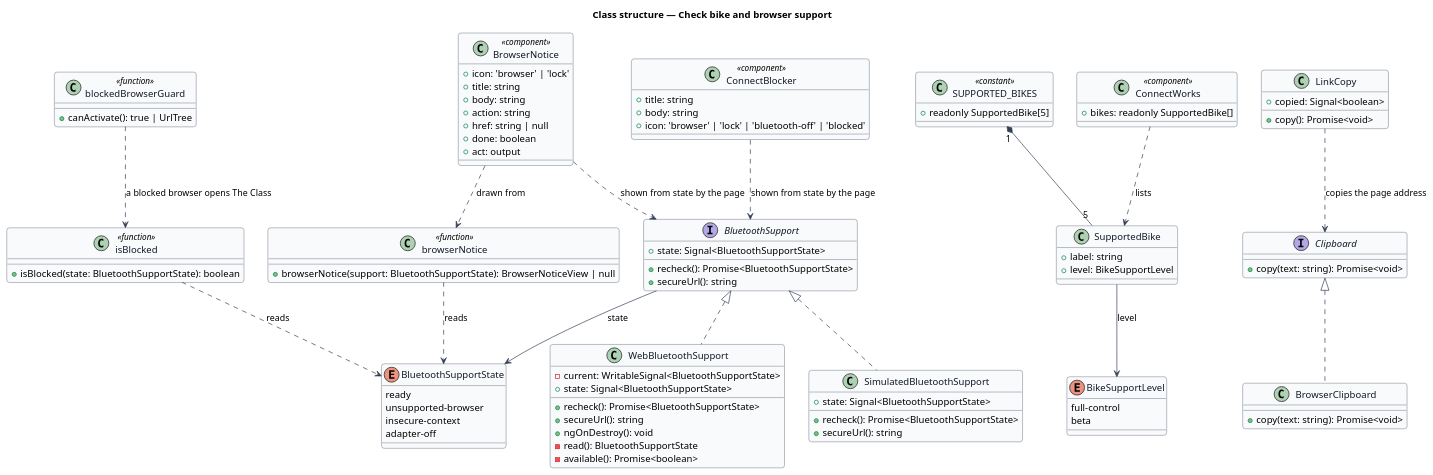
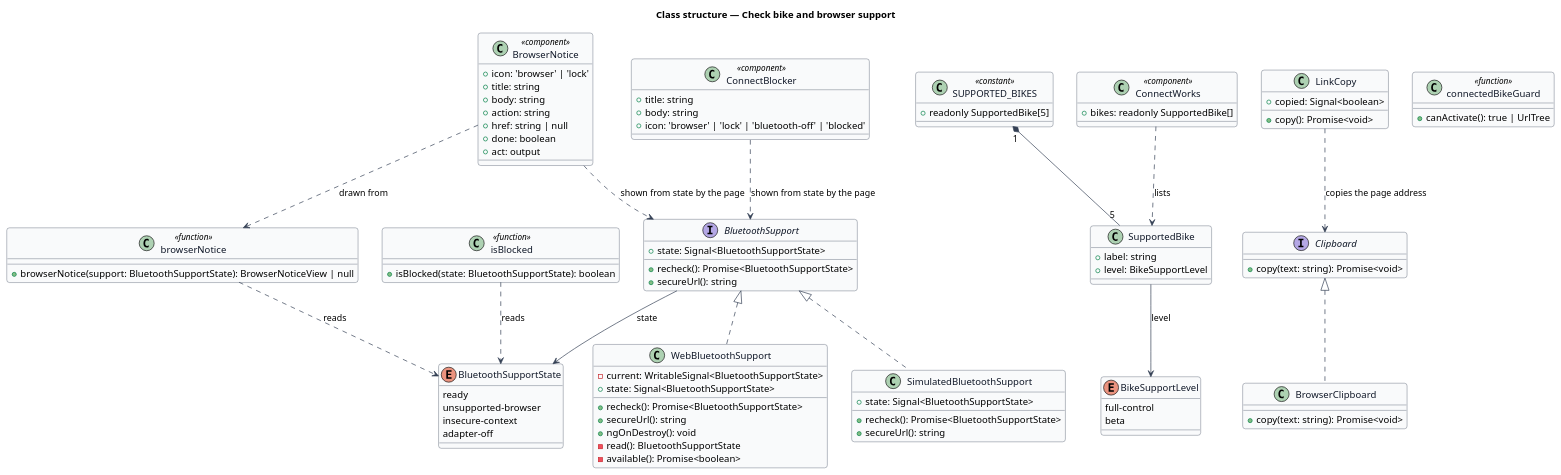
One commit to QuinntyneBrown/ride-one changed the diagram in docs/detailed-designs/bike/check-bike-and-browser-support/diagrams/class-structure.puml. Above: the diagram before and after it, drawn with PlantUML. The commit also changed 91 other files, not shown here.

```diff
--- a/docs/detailed-designs/bike/check-bike-and-browser-support/diagrams/class-structure.puml
+++ b/docs/detailed-designs/bike/check-bike-and-browser-support/diagrams/class-structure.puml
@@ -1,118 +1,117 @@
 @startuml
 ' --- shared skin header ---
 skinparam backgroundColor #FFFFFF
 skinparam shadowing false
 skinparam roundcorner 8
 skinparam defaultFontName Arial
 skinparam ArrowColor #344054
 skinparam class {
   BorderColor #344054
   FontColor #101828
   BackgroundColor #F9FAFB
 }
 ' --------------------------
 title Class structure — Check bike and browser support
 
 enum BluetoothSupportState {
   ready
   unsupported-browser
   insecure-context
   adapter-off
 }
 
 interface BluetoothSupport {
   +state: Signal<BluetoothSupportState>
   +recheck(): Promise<BluetoothSupportState>
   +secureUrl(): string
 }
 
 class WebBluetoothSupport {
   -current: WritableSignal<BluetoothSupportState>
   +state: Signal<BluetoothSupportState>
   +recheck(): Promise<BluetoothSupportState>
   +secureUrl(): string
   +ngOnDestroy(): void
   -read(): BluetoothSupportState
   -available(): Promise<boolean>
 }
 
 class SimulatedBluetoothSupport {
   +state: Signal<BluetoothSupportState>
   +recheck(): Promise<BluetoothSupportState>
   +secureUrl(): string
 }
 
 class "isBlocked" as isBlocked <<function>> {
   +isBlocked(state: BluetoothSupportState): boolean
 }
 
 enum BikeSupportLevel {
   full-control
   beta
 }
 
 class SupportedBike {
   +label: string
   +level: BikeSupportLevel
 }
 
 class "SUPPORTED_BIKES" as bikes <<constant>> {
   +readonly SupportedBike[5]
 }
 
 interface Clipboard {
   +copy(text: string): Promise<void>
 }
 
 class BrowserClipboard {
   +copy(text: string): Promise<void>
 }
 
 class BrowserNotice <<component>> {
   +icon: 'browser' | 'lock'
   +title: string
   +body: string
   +action: string
   +href: string | null
   +done: boolean
   +act: output
 }
 
 class "browserNotice" as noticeHelper <<function>> {
   +browserNotice(support: BluetoothSupportState): BrowserNoticeView | null
 }
 
 class LinkCopy {
   +copied: Signal<boolean>
   +copy(): Promise<void>
 }
 
 class ConnectBlocker <<component>> {
   +title: string
   +body: string
   +icon: 'browser' | 'lock' | 'bluetooth-off' | 'blocked'
 }
 
 class ConnectWorks <<component>> {
   +bikes: readonly SupportedBike[]
 }
 
-class "blockedBrowserGuard" as guard <<function>> {
+class "connectedBikeGuard" as guard <<function>> {
   +canActivate(): true | UrlTree
 }
 
 BluetoothSupport <|.. WebBluetoothSupport
 BluetoothSupport <|.. SimulatedBluetoothSupport
 BluetoothSupport --> BluetoothSupportState : state
 isBlocked ..> BluetoothSupportState : reads
 Clipboard <|.. BrowserClipboard
 SupportedBike --> BikeSupportLevel : level
 bikes "1" *-- "5" SupportedBike
 ConnectWorks ..> SupportedBike : lists
 BrowserNotice ..> BluetoothSupport : shown from state by the page
 ConnectBlocker ..> BluetoothSupport : shown from state by the page
-guard ..> isBlocked : a blocked browser opens The Class
 noticeHelper ..> BluetoothSupportState : reads
 BrowserNotice ..> noticeHelper : drawn from
 LinkCopy ..> Clipboard : copies the page address
 @enduml
```
